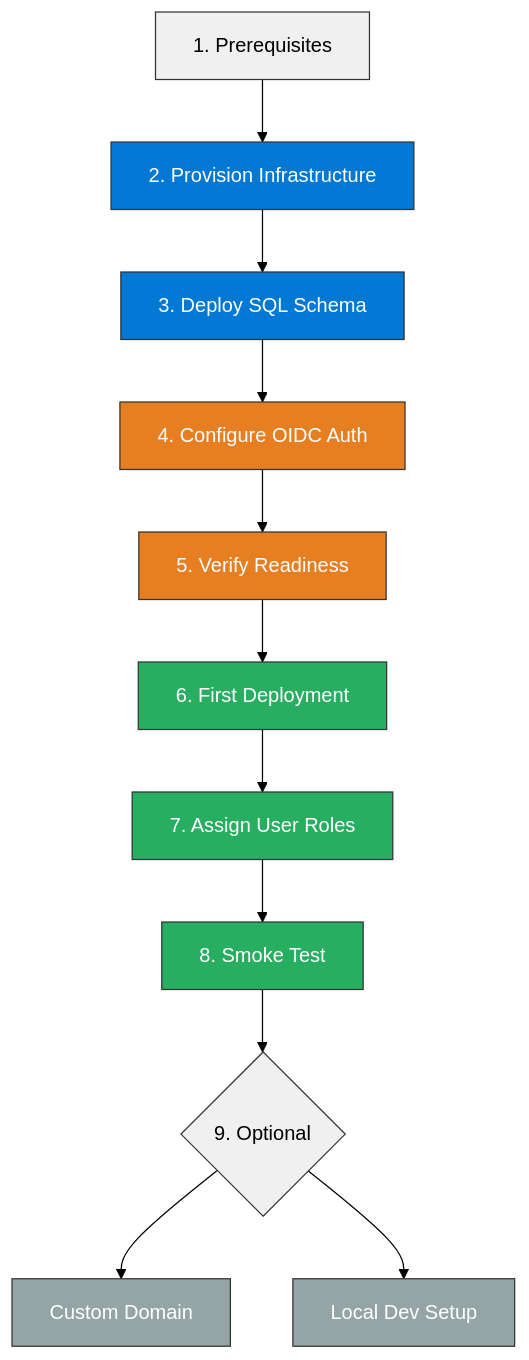
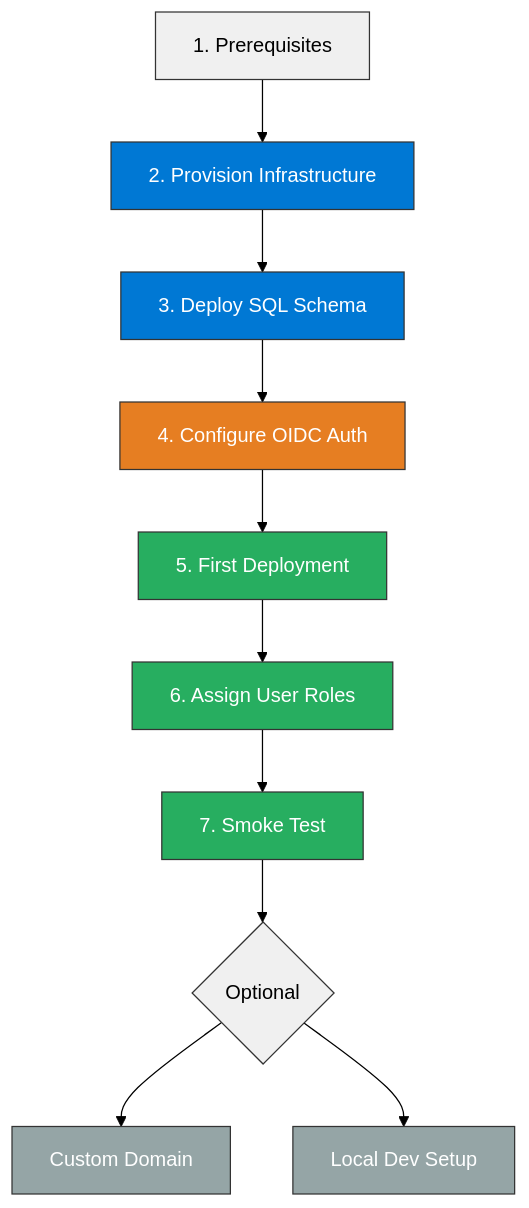
One commit to jonathan-vella/hacker-board changed the first of 3 diagrams in docs/deployment-guide.md. Above: the diagram before and after it, drawn with Mermaid (forest theme). The commit also changed other lines of this file and 5 other files, not shown here.

````diff
--- a/docs/deployment-guide.md
+++ b/docs/deployment-guide.md
@@ -13,25 +13,23 @@
 ```mermaid
 graph TD
     A[1. Prerequisites] --> B[2. Provision Infrastructure]
     B --> C[3. Deploy SQL Schema]
     C --> D[4. Configure OIDC Auth]
-    D --> E[5. Verify Readiness]
-    E --> F[6. First Deployment]
-    F --> G[7. Assign User Roles]
-    G --> H[8. Smoke Test]
-    H --> I{9. Optional}
-    I --> J[Custom Domain]
-    I --> K[Local Dev Setup]
+    D --> E[5. First Deployment]
+    E --> F[6. Assign User Roles]
+    F --> G[7. Smoke Test]
+    G --> H{Optional}
+    H --> I[Custom Domain]
+    H --> J[Local Dev Setup]
 
     style A fill:#f0f0f0,stroke:#333
     style B fill:#0078D4,stroke:#333,color:#fff
     style C fill:#0078D4,stroke:#333,color:#fff
     style D fill:#e67e22,stroke:#333,color:#fff
-    style E fill:#e67e22,stroke:#333,color:#fff
+    style E fill:#27ae60,stroke:#333,color:#fff
     style F fill:#27ae60,stroke:#333,color:#fff
     style G fill:#27ae60,stroke:#333,color:#fff
-    style H fill:#27ae60,stroke:#333,color:#fff
-    style I fill:#f0f0f0,stroke:#333
+    style H fill:#f0f0f0,stroke:#333
+    style I fill:#95a5a6,stroke:#333,color:#fff
     style J fill:#95a5a6,stroke:#333,color:#fff
-    style K fill:#95a5a6,stroke:#333,color:#fff
 ```
````
